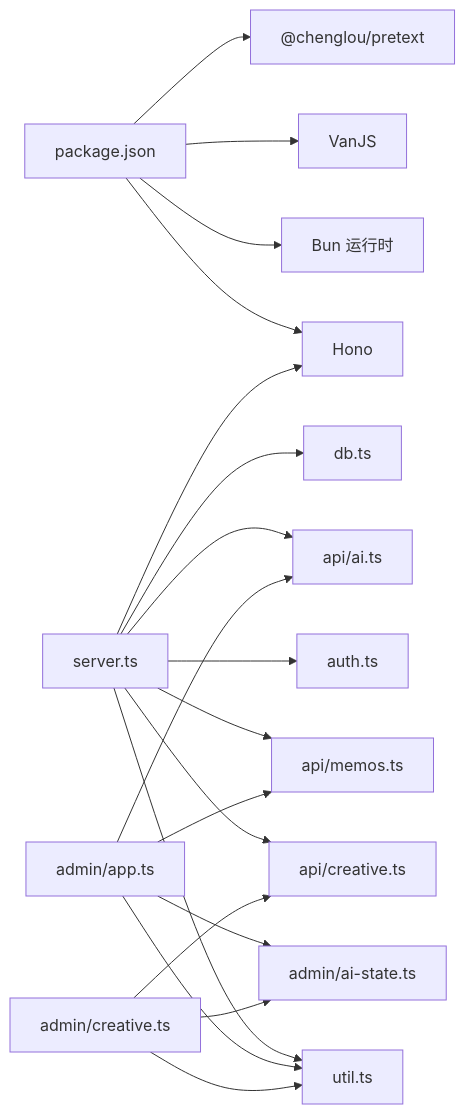
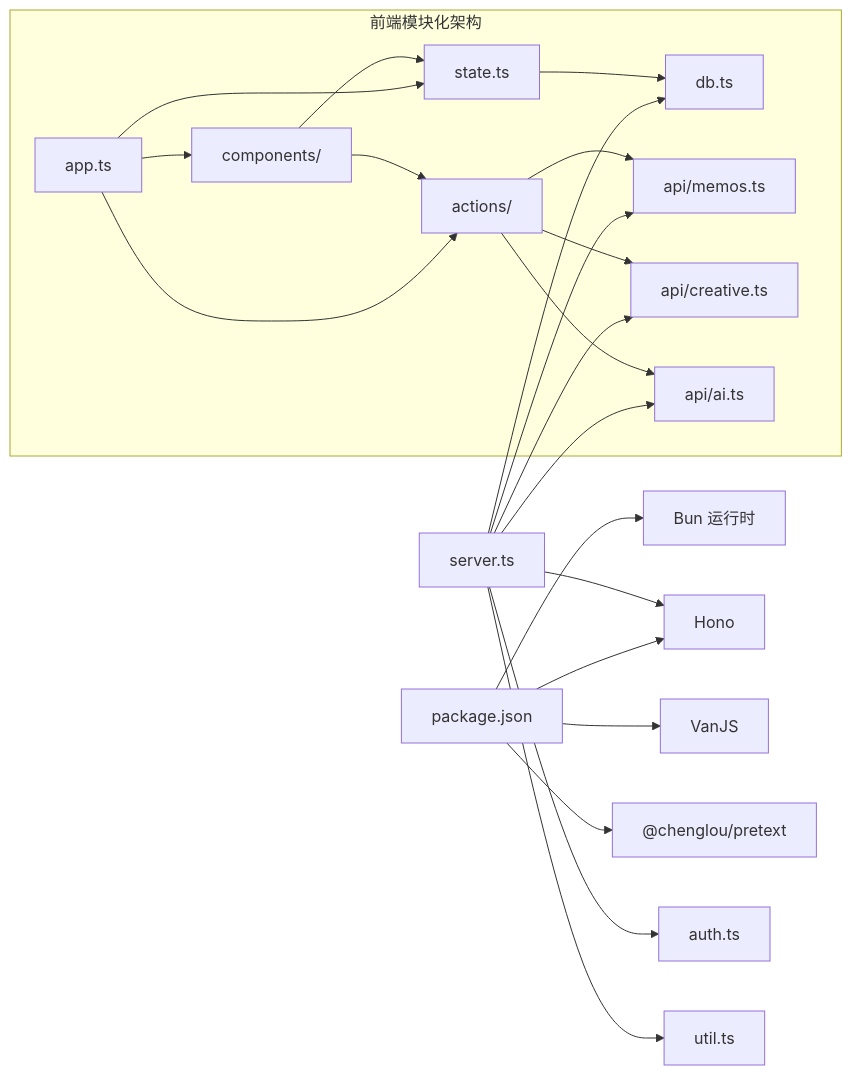
One commit to BlackBoxRecorder/memos changed the sixth of 6 diagrams in .qoder/repowiki/zh/content/核心功能/管理后台系统.md. Above: the diagram before and after it, drawn with Mermaid. The commit also changed other lines of this file and 10 other files, not shown here.

````diff
--- a/.qoder/repowiki/zh/content/核心功能/管理后台系统.md
+++ b/.qoder/repowiki/zh/content/核心功能/管理后台系统.md
@@ -406,21 +513,25 @@
 ```mermaid
 graph LR
 P["package.json"] --> Bun["Bun 运行时"]
 P --> Hono["Hono"]
 P --> Van["VanJS"]
 P --> Pretext["@chenglou/pretext"]
 Server["server.ts"] --> Hono
 Server --> Auth["auth.ts"]
 Server --> Util["util.ts"]
 Server --> DB["db.ts"]
 Server --> API_MEMOS["api/memos.ts"]
 Server --> API_CREATIVE["api/creative.ts"]
 Server --> API_AI["api/ai.ts"]
-Admin_APP["admin/app.ts"] --> Util
-Admin_APP --> API_MEMOS
-Admin_APP --> API_AI
-Admin_APP --> AI_STATE["admin/ai-state.ts"]
-Admin_Creative["admin/creative.ts"] --> Util
-Admin_Creative --> API_CREATIVE
-Admin_Creative --> AI_STATE
+subgraph "前端模块化架构"
+App["app.ts"] --> State["state.ts"]
+App --> Components["components/"]
+App --> Actions["actions/"]
+Components --> State
+Components --> Actions
+Actions --> API_MEMOS
+Actions --> API_CREATIVE
+Actions --> API_AI
+State --> DB
+end
 ```
````
